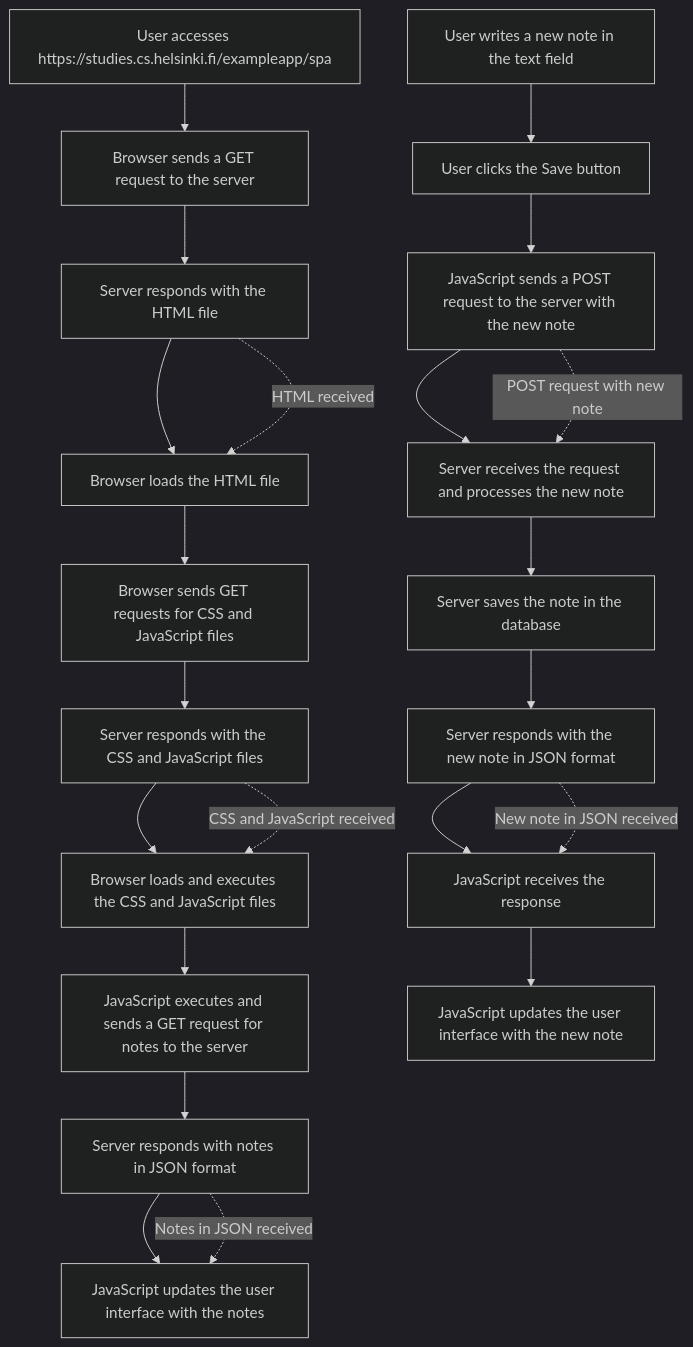
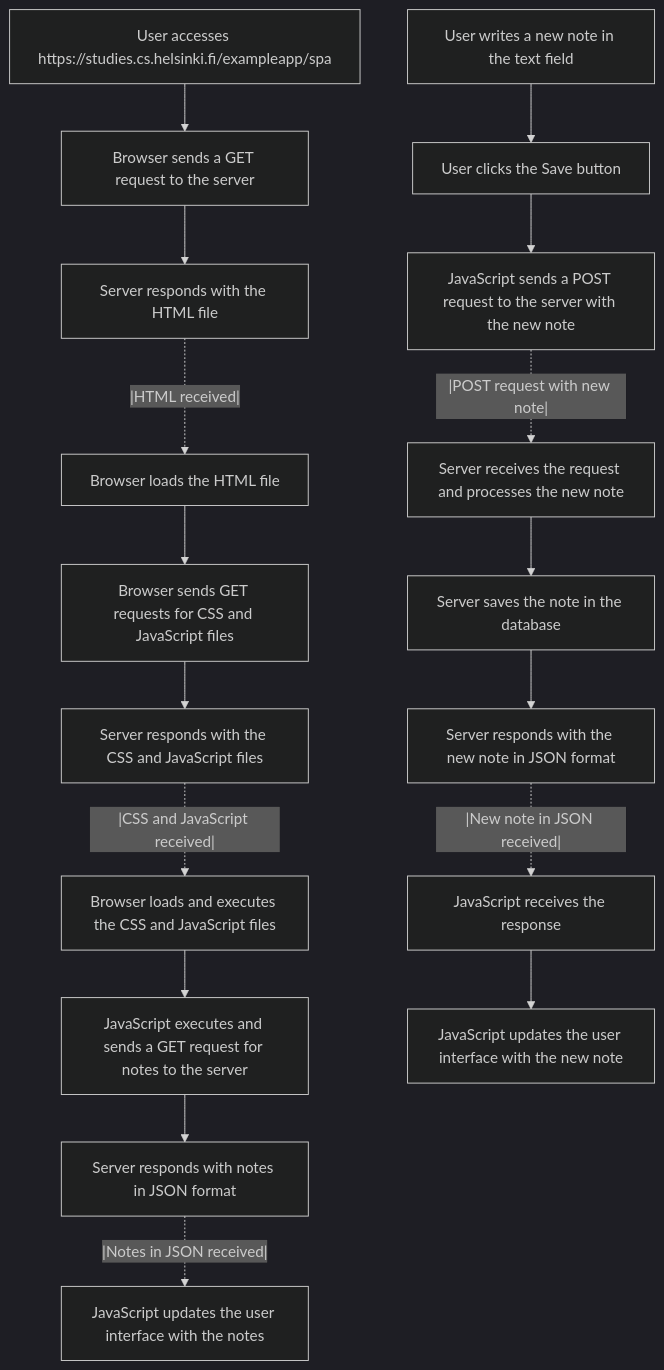
Before and after one commit to ernestovv85/FullstackOpen-Exercises-Part0: the third of 3 diagrams in diagrams.md, drawn with Mermaid (dark theme). The commit also changed other lines of this file, not shown here.

Commit message:
fix format and title in las diagram

````diff
--- a/diagrams.md
+++ b/diagrams.md
@@ -38,29 +38,22 @@
 ```mermaid
 graph TD
-    %% Acceso a la SPA
+    %% Access to SPA
     A[User accesses https://studies.cs.helsinki.fi/exampleapp/spa] --> B[Browser sends a GET request to the server]
     B --> C[Server responds with the HTML file]
-    C --> D[Browser loads the HTML file]
+    C -.|HTML received|.-> D[Browser loads the HTML file]
     D --> E[Browser sends GET requests for CSS and JavaScript files]
     E --> F[Server responds with the CSS and JavaScript files]
-    F --> G[Browser loads and executes the CSS and JavaScript files]
+    F -.|CSS and JavaScript received|.-> G[Browser loads and executes the CSS and JavaScript files]
     G --> H[JavaScript executes and sends a GET request for notes to the server]
     H --> I[Server responds with notes in JSON format]
-    I --> J[JavaScript updates the user interface with the notes]
+    I -.|Notes in JSON received|.-> J[JavaScript updates the user interface with the notes]
 
-    %% Creación de una nueva nota
+    %% Create new note
     K[User writes a new note in the text field] --> L[User clicks the Save button]
     L --> M[JavaScript sends a POST request to the server with the new note]
-    M --> N[Server receives the request and processes the new note]
+    M -.|POST request with new note|.-> N[Server receives the request and processes the new note]
     N --> O[Server saves the note in the database]
     O --> P[Server responds with the new note in JSON format]
-    P --> Q[JavaScript receives the response]
+    P -.|New note in JSON received|.-> Q[JavaScript receives the response]
     Q --> R[JavaScript updates the user interface with the new note]
-
-    %% Comentarios explicativos
-    C -. "HTML received" .-> D
-    F -. "CSS and JavaScript received" .-> G
-    I -. "Notes in JSON received" .-> J
-    M -. "POST request with new note" .-> N
-    P -. "New note in JSON received" .-> Q
 ```
````
